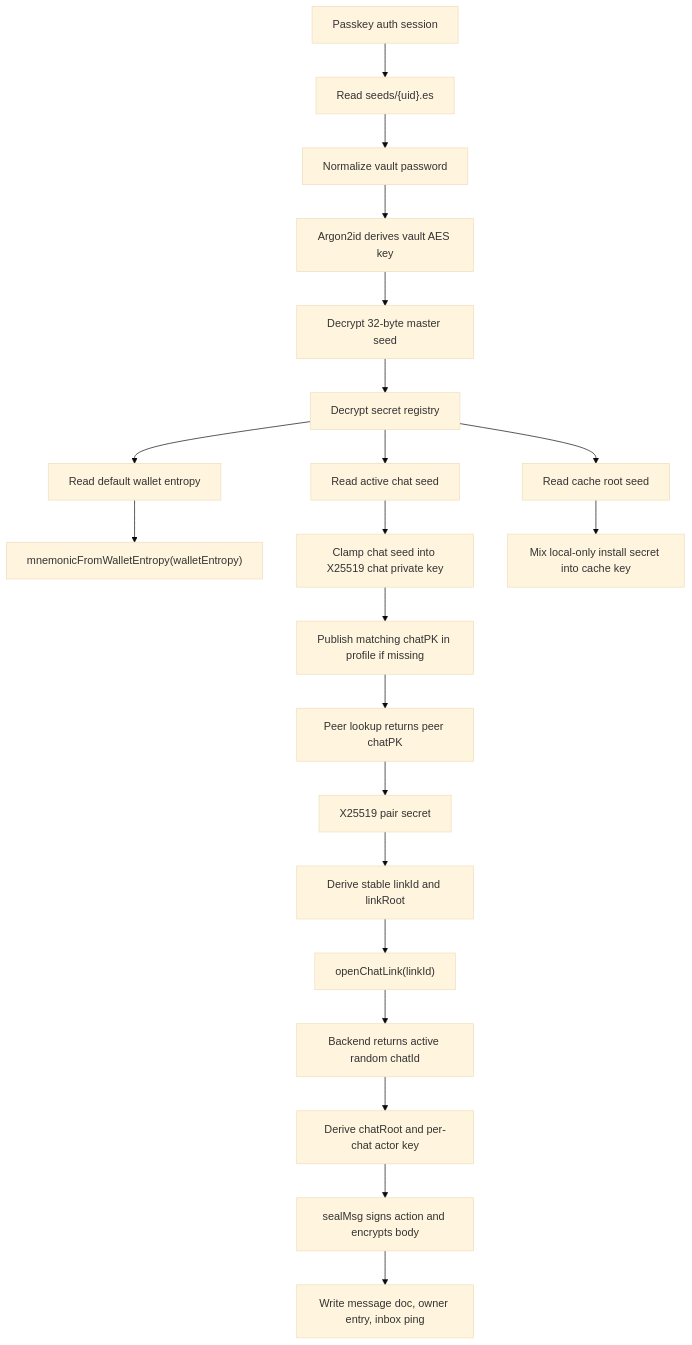
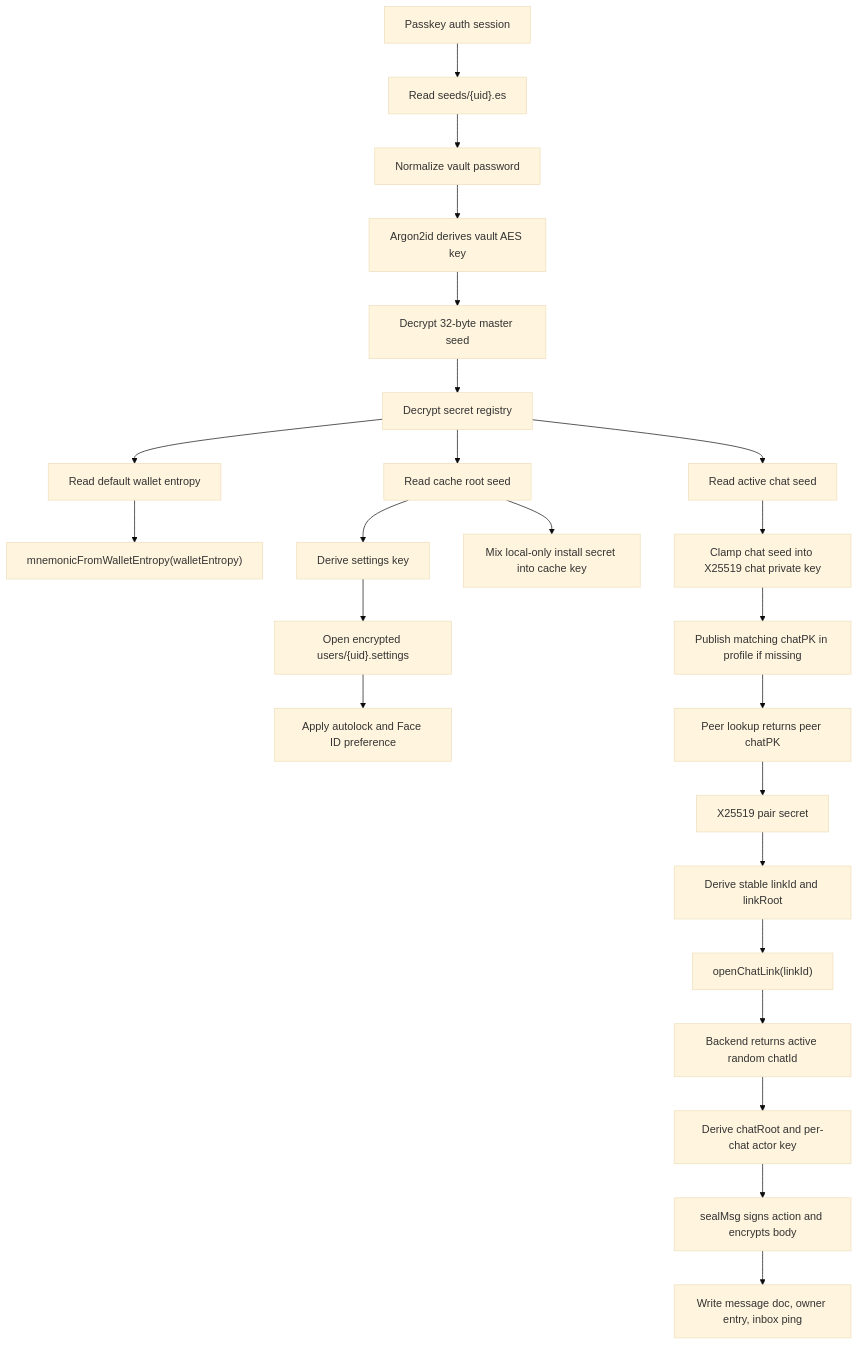
One commit to glyphteck/veyl changed the first of 3 diagrams in lifecycle/secrets.md. Above: the diagram before and after it, drawn with Mermaid (base theme). The commit also changed other lines of this file and 53 other files, not shown here.

````diff
--- a/lifecycle/secrets.md
+++ b/lifecycle/secrets.md
@@ -16,23 +17,26 @@
 ```mermaid
 flowchart TD
     A["Passkey auth session"] --> B["Read seeds/{uid}.es"]
     B --> C["Normalize vault password"]
     C --> D["Argon2id derives vault AES key"]
     D --> E["Decrypt 32-byte master seed"]
     E --> F["Decrypt secret registry"]
     F --> G["Read default wallet entropy"]
     F --> H["Read active chat seed"]
     F --> I["Read cache root seed"]
     G --> J["mnemonicFromWalletEntropy(walletEntropy)"]
     H --> K["Clamp chat seed into X25519 chat private key"]
     I --> L["Mix local-only install secret into cache key"]
+    I --> L2["Derive settings key"]
+    L2 --> L3["Open encrypted users/{uid}.settings"]
+    L3 --> L4["Apply autolock and Face ID preference"]
     K --> M["Publish matching chatPK in profile if missing"]
     M --> N["Peer lookup returns peer chatPK"]
     N --> O["X25519 pair secret"]
     O --> P["Derive stable linkId and linkRoot"]
     P --> Q["openChatLink(linkId)"]
     Q --> R["Backend returns active random chatId"]
     R --> S["Derive chatRoot and per-chat actor key"]
     S --> T["sealMsg signs action and encrypts body"]
     T --> U["Write message doc, owner entry, inbox ping"]
 ```
````
